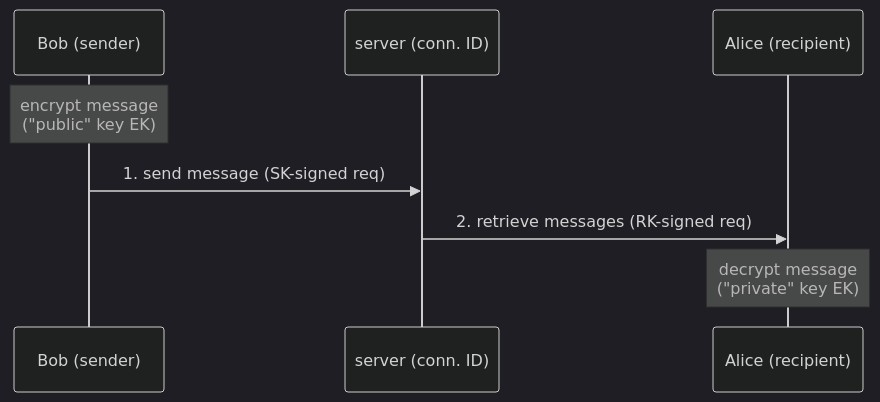
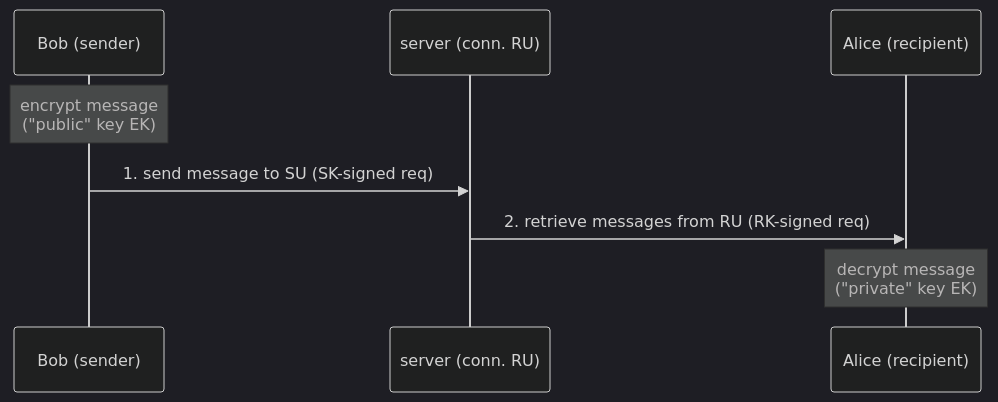
Before and after one commit to simplex-chat/simplex-chat: the diagram in diagrams/simplex-messaging/simplex-using.mmd, drawn with Mermaid (dark theme). The commit also changed 5 other files, not shown here.

Commit message:
docs: update simplex diagrams to remove connection ID

```diff
--- a/diagrams/simplex-messaging/simplex-using.mmd
+++ b/diagrams/simplex-messaging/simplex-using.mmd
@@ -1,10 +1,10 @@
 sequenceDiagram
   participant B as Bob (sender)
-  participant S as server (conn. ID)
+  participant S as server (conn. RU)
   participant A as Alice (recipient)
 
   note over B: encrypt message <br> ("public" key EK)
-  B ->> S: 1. send message (SK-signed req)
+  B ->> S: 1. send message to SU (SK-signed req)
 
-  S ->> A: 2. retrieve messages (RK-signed req)
+  S ->> A: 2. retrieve messages from RU (RK-signed req)
   note over A: decrypt message <br> ("private" key EK)
```
